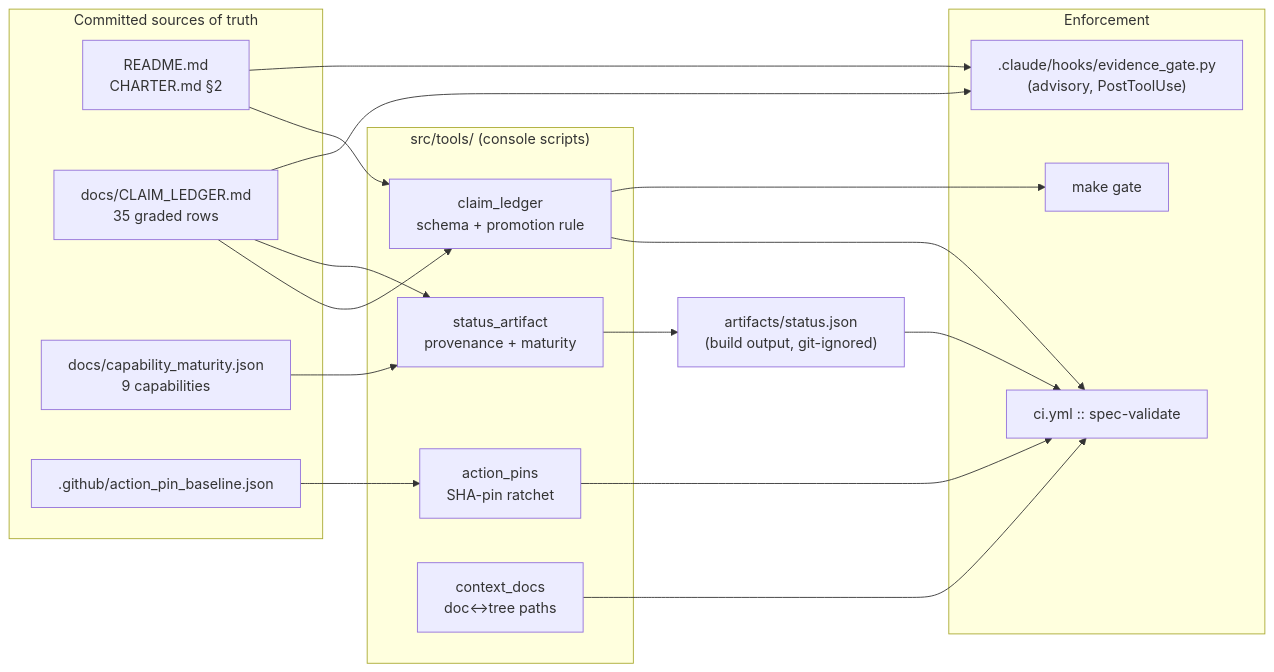
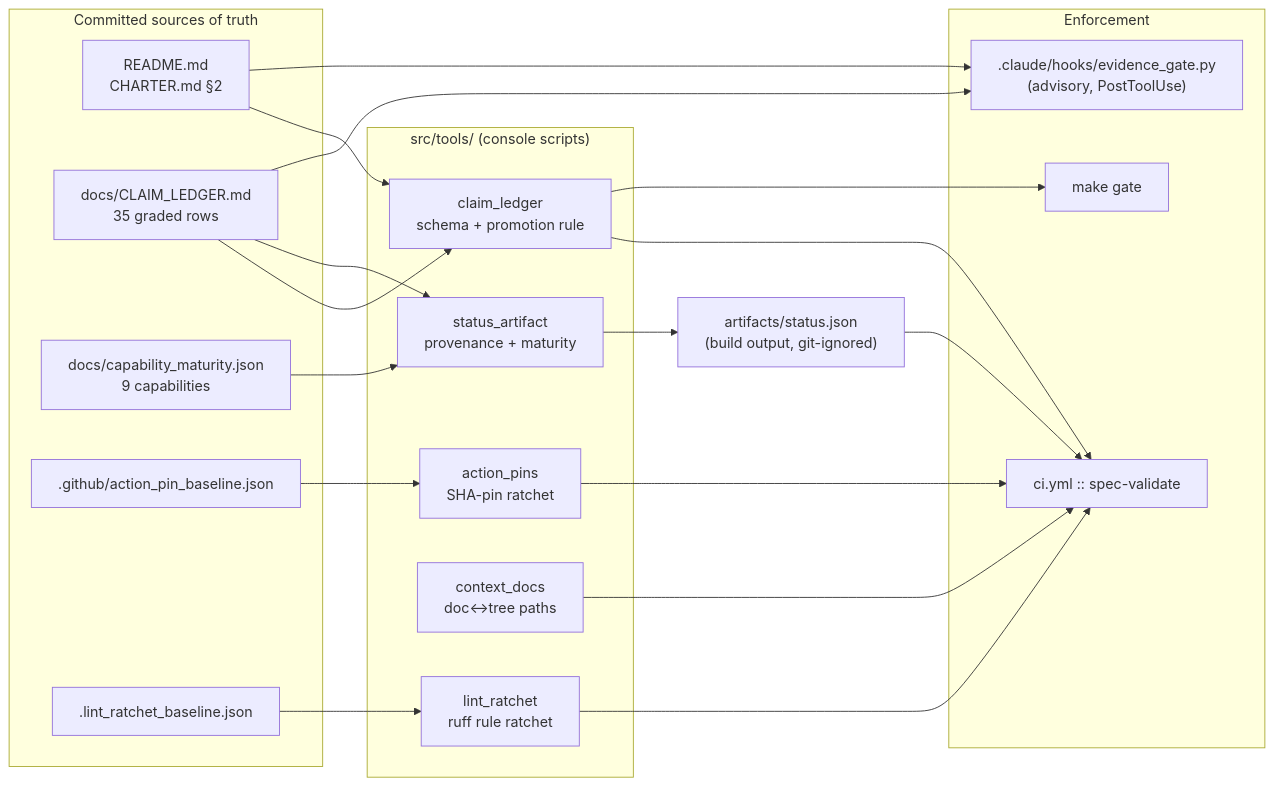
The eighth of 8 diagrams in docs/C4_ARCHITECTURE.md (ianshank/Strategos-MCTS), drawn with Mermaid before and after one commit. The commit also changed other lines of this file and 7 other files, not shown here.

````diff
--- a/docs/C4_ARCHITECTURE.md
+++ b/docs/C4_ARCHITECTURE.md
@@ -560,38 +564,42 @@
 ```mermaid
 flowchart LR
     subgraph Sources["Committed sources of truth"]
         R["README.md<br/>CHARTER.md §2"]
         L["docs/CLAIM_LEDGER.md<br/>35 graded rows"]
         M["docs/capability_maturity.json<br/>9 capabilities"]
         B[".github/action_pin_baseline.json"]
+        N[".lint_ratchet_baseline.json"]
     end
 
     subgraph Tools["src/tools/ (console scripts)"]
         CL["claim_ledger<br/>schema + promotion rule"]
         SA["status_artifact<br/>provenance + maturity"]
         AP["action_pins<br/>SHA-pin ratchet"]
         CD["context_docs<br/>doc↔tree paths"]
+        LR["lint_ratchet<br/>ruff rule ratchet"]
     end
 
     subgraph Gates["Enforcement"]
         CI["ci.yml :: spec-validate"]
         MK["make gate"]
         HK[".claude/hooks/evidence_gate.py<br/>(advisory, PostToolUse)"]
     end
 
     ART["artifacts/status.json<br/>(build output, git-ignored)"]
 
     R --> CL
     L --> CL
     L --> SA
     M --> SA
     B --> AP
+    N --> LR
     CL --> CI
     AP --> CI
     CD --> CI
+    LR --> CI
     SA --> ART
     ART --> CI
     CL --> MK
     L --> HK
     R --> HK
 ```
````
